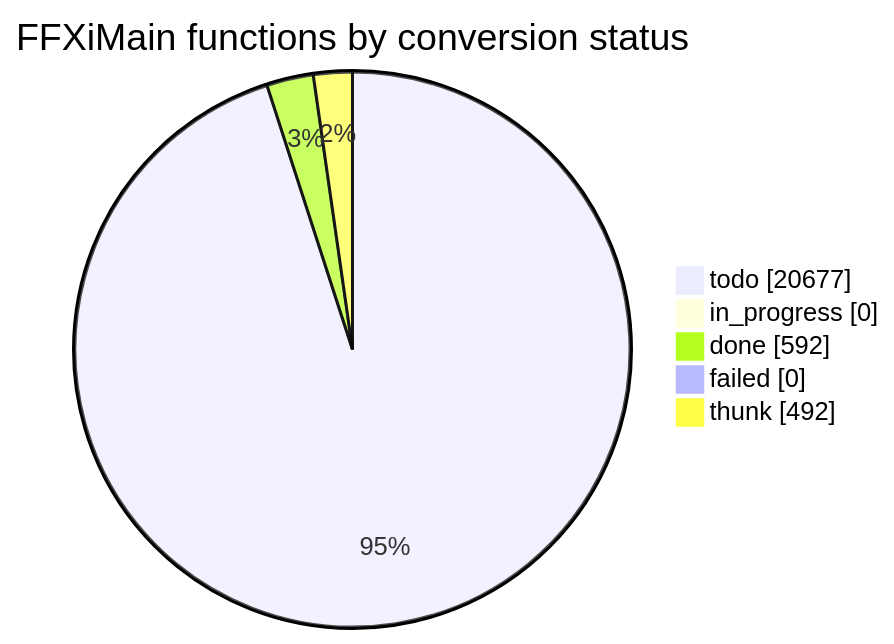
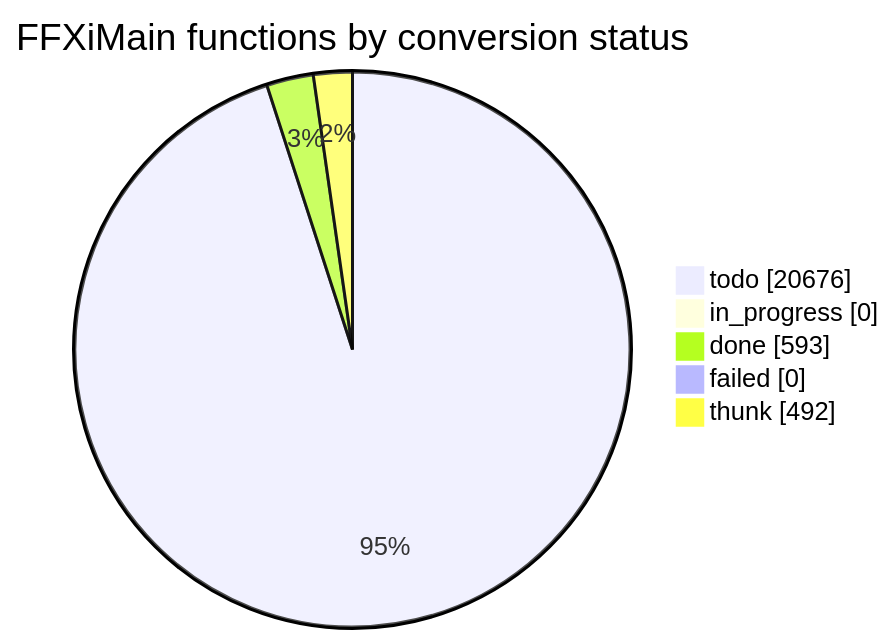
Before and after one commit to cowrevenge/cow_kuluu_xi_anything: the diagram in docs/cow/STATUS.md, drawn with Mermaid. The commit also changed other lines of this file and 9 other files, not shown here.

````diff
--- a/docs/cow/STATUS.md
+++ b/docs/cow/STATUS.md
@@ -18,9 +18,9 @@
 ```mermaid
 pie showData
     title FFXiMain functions by conversion status
-    "todo" : 20677
+    "todo" : 20676
     "in_progress" : 0
-    "done" : 592
+    "done" : 593
     "failed" : 0
     "thunk" : 492
 ```
````
